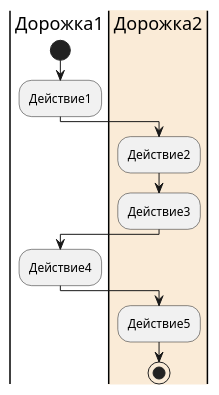
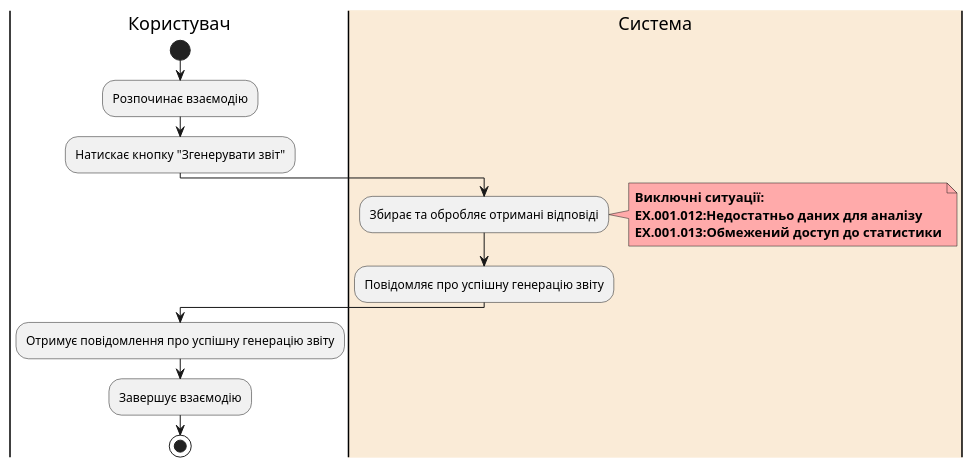
One commit to elidorbeth/edu_db_labs changed the second of 2 diagrams in docs/use cases/README.md. Above: the diagram before and after it, drawn with PlantUML. The commit also changed other lines of this file, not shown here.

```diff
--- a/docs/use cases/README.md
+++ b/docs/use cases/README.md
@@ -89,18 +117,23 @@
 @startuml
 
-|Дорожка1|
+|Користувач|
 start
-:Действие1;
+:Розпочинає взаємодію;
+:Натискає кнопку "Згенерувати звіт";
 
-|#AntiqueWhite|Дорожка2|
-:Действие2;
-:Действие3;
+|#AntiqueWhite|Система|
+:Збирає та обробляє отримані відповіді;
+note right #ffaaaa
+   <b>Виключні ситуації:
+   <b>EX.001.012:Недостатньо даних для аналізу
+   <b>EX.001.013:Обмежений доступ до статистики
+end note
+:Повідомляє про успішну генерацію звіту;
 
-|Дорожка1|
-:Действие4;
+|Користувач|
+:Отримує повідомлення про успішну генерацію звіту;
+:Завершує взаємодію;
 
-|Дорожка2|
-:Действие5;
 stop
 
 @enduml
```
